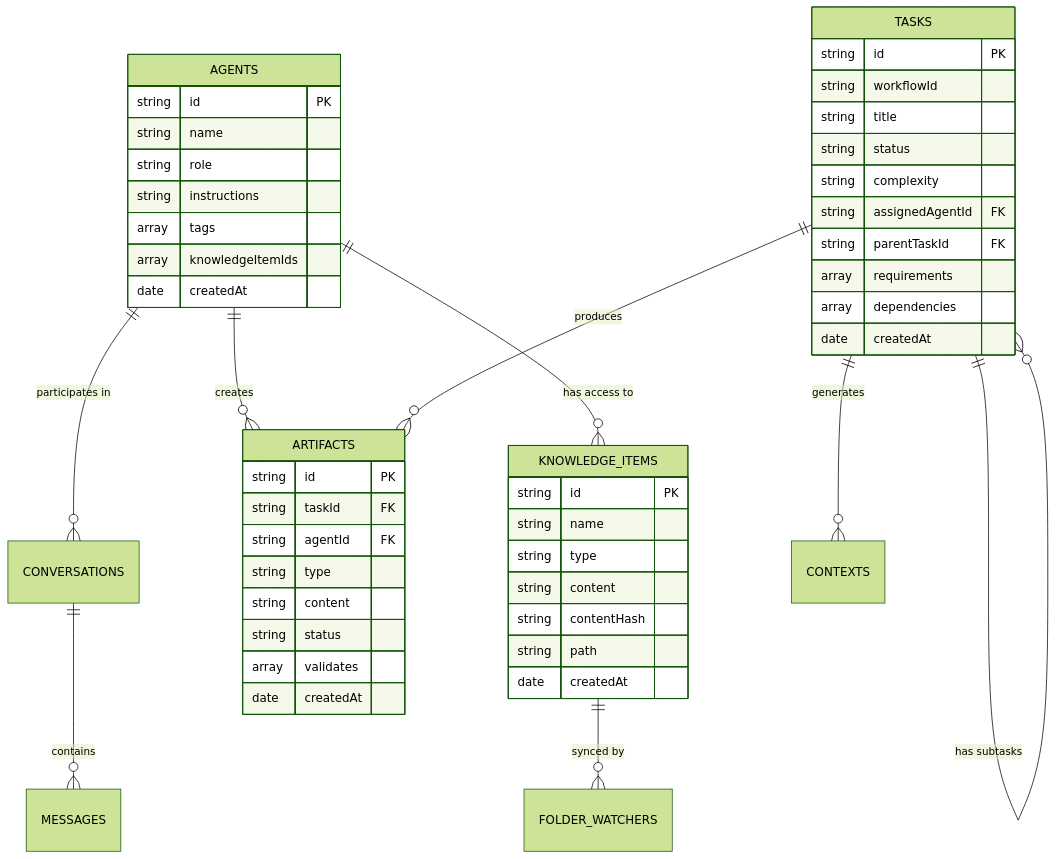
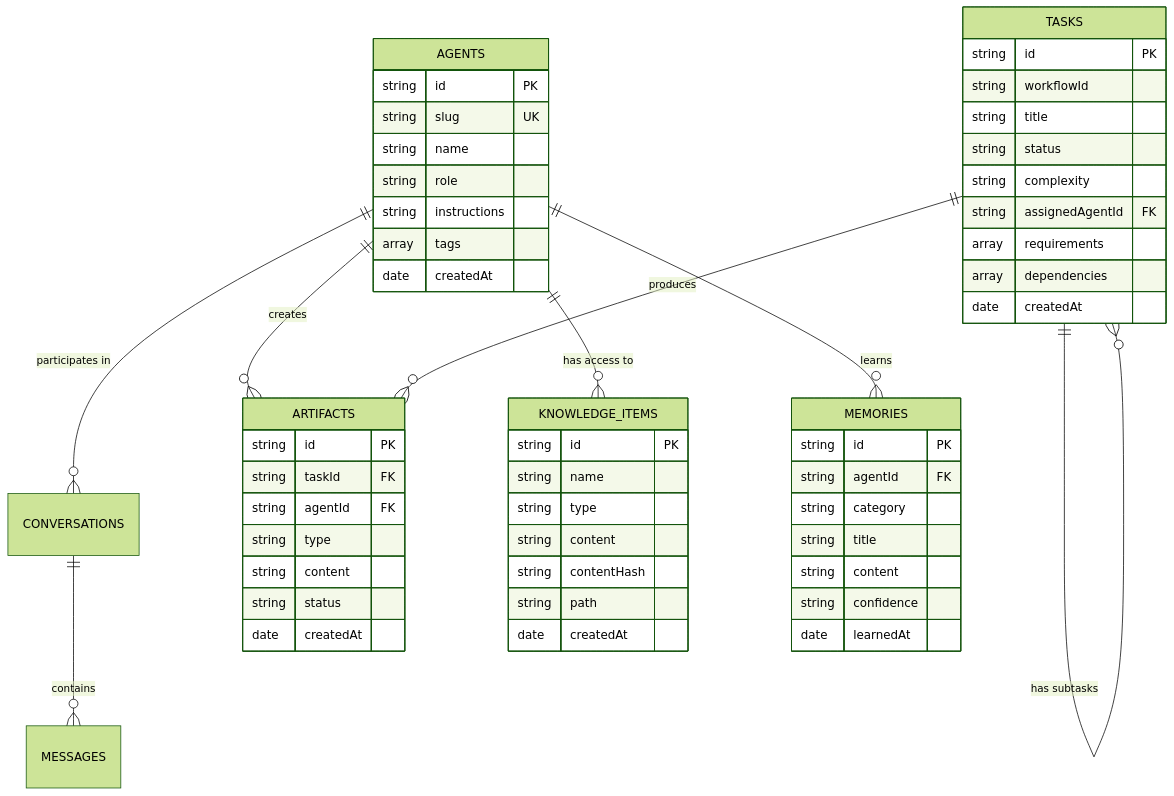
One commit to codename-co/devs changed diagram 11 of 15 in ARCHITECTURE.md. Above: the diagram before and after it, drawn with Mermaid (forest theme). The commit also changed other lines of this file and 169 other files, not shown here.

````diff
--- a/ARCHITECTURE.md
+++ b/ARCHITECTURE.md
@@ -556,58 +587,64 @@
 ```mermaid
 erDiagram
     AGENTS ||--o{ CONVERSATIONS : "participates in"
     AGENTS ||--o{ ARTIFACTS : "creates"
     AGENTS ||--o{ KNOWLEDGE_ITEMS : "has access to"
+    AGENTS ||--o{ MEMORIES : "learns"
 
     TASKS ||--o{ ARTIFACTS : "produces"
     TASKS ||--o{ TASKS : "has subtasks"
-    TASKS ||--o{ CONTEXTS : "generates"
 
     CONVERSATIONS ||--o{ MESSAGES : "contains"
 
-    KNOWLEDGE_ITEMS ||--o{ FOLDER_WATCHERS : "synced by"
-
     AGENTS {
         string id PK
+        string slug UK
         string name
         string role
         string instructions
         array tags
-        array knowledgeItemIds
         date createdAt
     }
 
     TASKS {
         string id PK
         string workflowId
         string title
         string status
         string complexity
         string assignedAgentId FK
-        string parentTaskId FK
         array requirements
         array dependencies
         date createdAt
     }
 
     ARTIFACTS {
         string id PK
         string taskId FK
         string agentId FK
         string type
         string content
         string status
-        array validates
         date createdAt
     }
 
     KNOWLEDGE_ITEMS {
         string id PK
         string name
         string type
         string content
         string contentHash
         string path
         date createdAt
     }
+
+    MEMORIES {
+        string id PK
+        string agentId FK
+        string category
+        string title
+        string content
+        string confidence
+        date learnedAt
+    }
 ```
````
